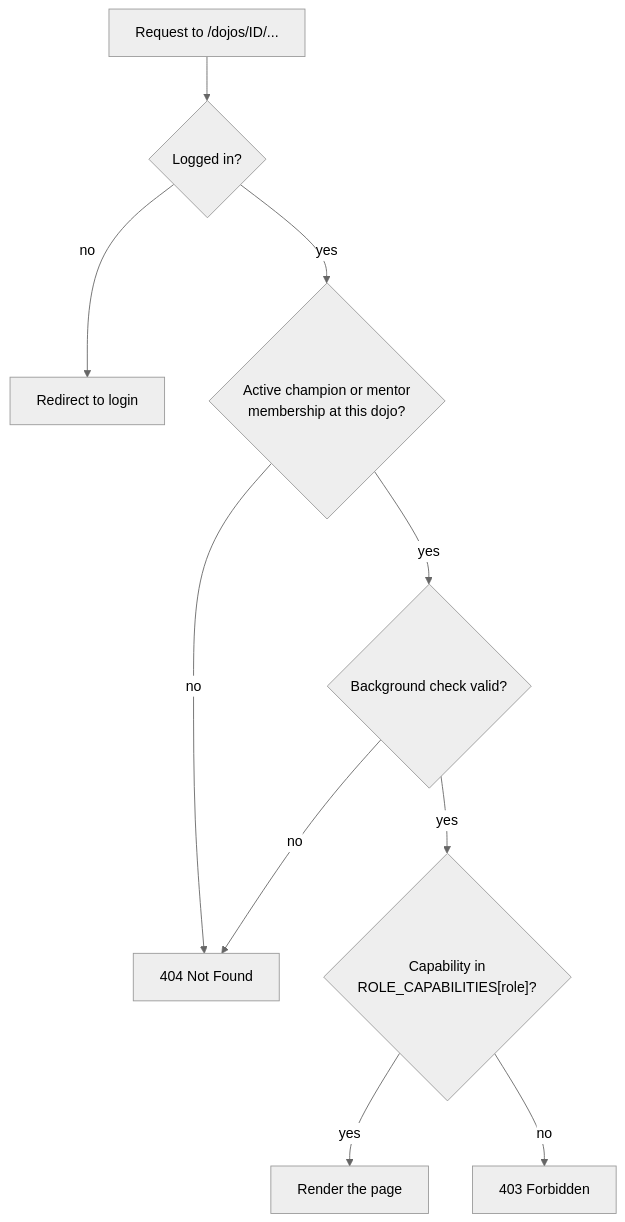
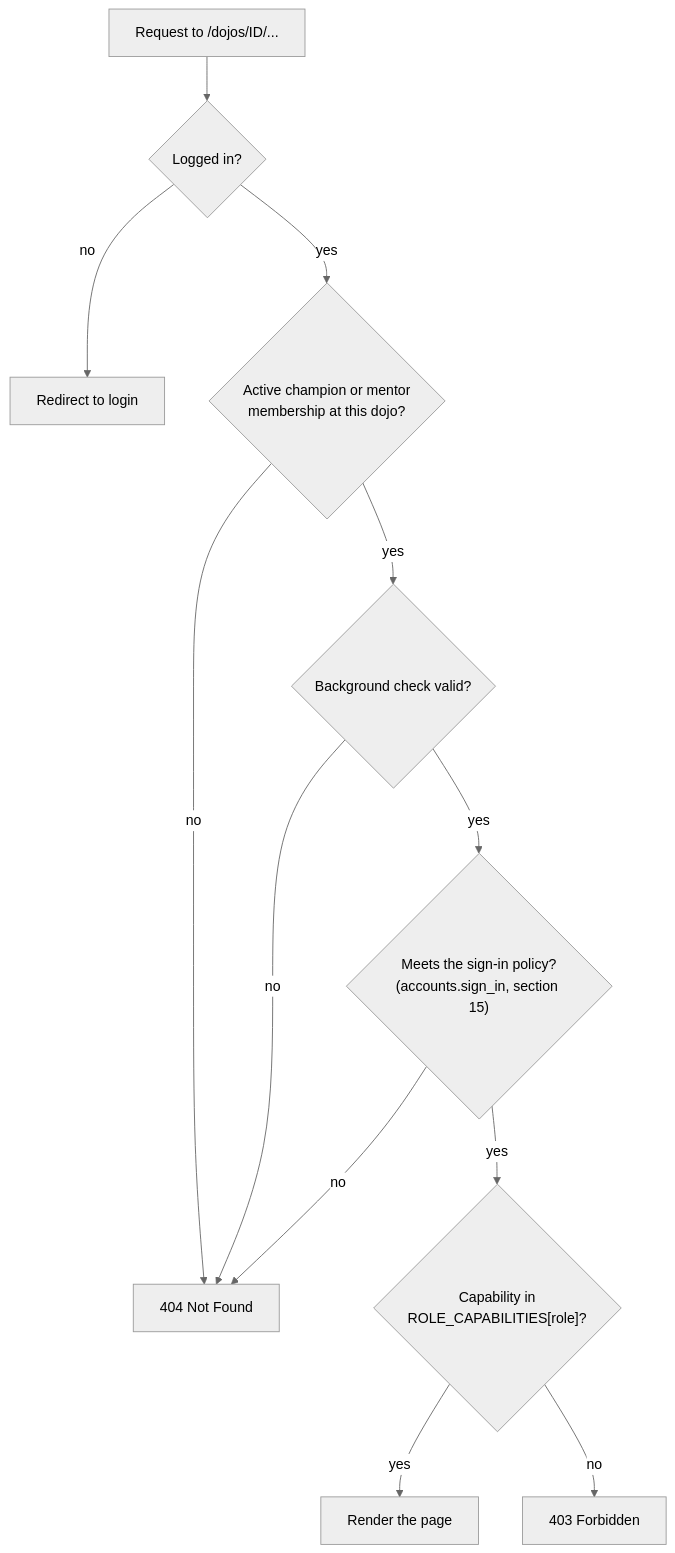
One commit to DoublG/coderdojo-event-registration changed the fourth of 32 diagrams in DATA_MODEL.md. Above: the diagram before and after it, drawn with Mermaid (neutral theme). The commit also changed other lines of this file and 1 other file, not shown here.

First line of the commit message:
DATA_MODEL.md: diagrams caught up with the code

````diff
--- a/DATA_MODEL.md
+++ b/DATA_MODEL.md
@@ -256,12 +272,14 @@
 ```mermaid
 flowchart TD
     R[Request to /dojos/ID/...] --> A{Logged in?}
     A -- no --> L[Redirect to login]
     A -- yes --> M{"Active champion or mentor<br/>membership at this dojo?"}
     M -- no --> N404[404 Not Found]
     M -- yes --> V{Background check valid?}
     V -- no --> N404
-    V -- yes --> C{"Capability in<br/>ROLE_CAPABILITIES[role]?"}
+    V -- yes --> SI{"Meets the sign-in policy?<br/>(accounts.sign_in, section 15)"}
+    SI -- no --> N404
+    SI -- yes --> C{"Capability in<br/>ROLE_CAPABILITIES[role]?"}
     C -- yes --> OK[Render the page]
     C -- no --> N403[403 Forbidden]
 ```
````
